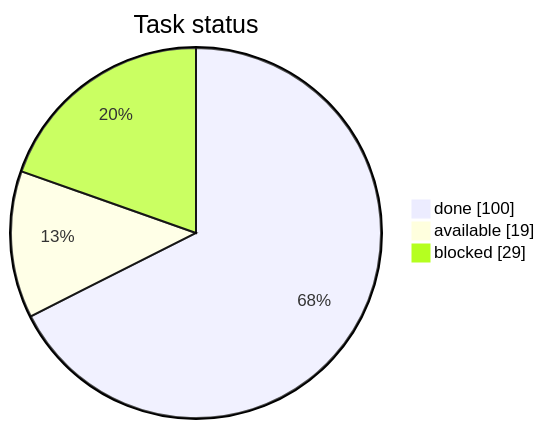
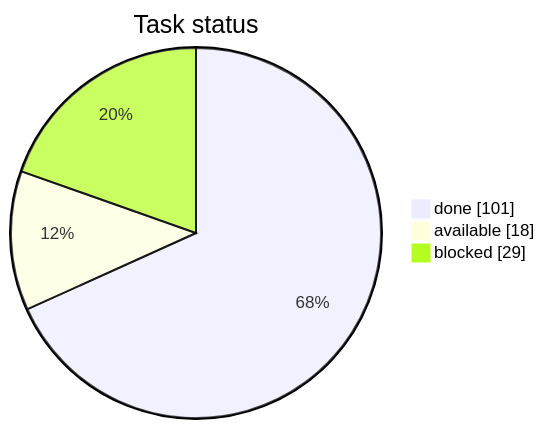
One commit to artemiiShabanov/RallyRivals changed the first of 3 diagrams in STATUS.md. Above: the diagram before and after it, drawn with Mermaid. The commit also changed other lines of this file and 1 other file, not shown here.

Commit message:
tasks: mark code-race-grandprix done (101/148)

````diff
--- a/STATUS.md
+++ b/STATUS.md
@@ -7,7 +7,7 @@
 ```mermaid
 pie showData
     title Task status
-    "done" : 100
-    "available" : 19
+    "done" : 101
+    "available" : 18
     "blocked" : 29
 ```
````
